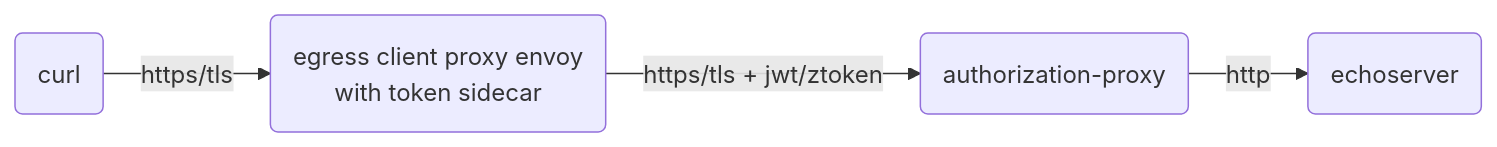
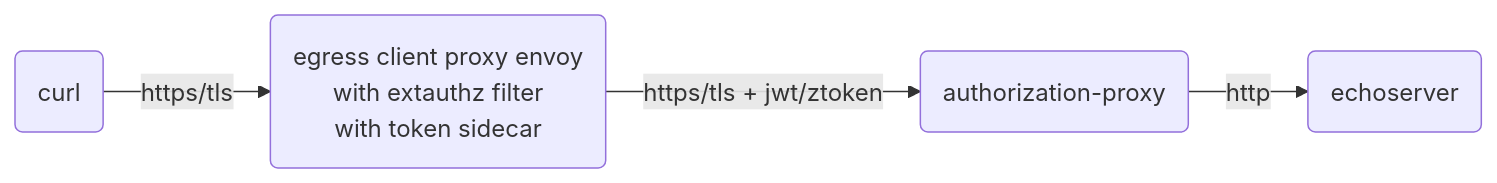
Before and after one commit to ctyano/athenz-distribution: the third of 15 diagrams in docs/ENVOY.md, drawn with Mermaid. The commit also changed other lines of this file, not shown here.

````diff
--- a/docs/ENVOY.md
+++ b/docs/ENVOY.md
@@ -49,4 +49,4 @@
 ```mermaid
 flowchart LR
-A(curl) -->|https/tls| B(egress client proxy envoy\nwith token sidecar) -->|https/tls + jwt/ztoken| C(authorization-proxy) -->|http| D(echoserver)
+A(curl) -->|https/tls| B(egress client proxy envoy\nwith extauthz filter\nwith token sidecar) -->|https/tls + jwt/ztoken| C(authorization-proxy) -->|http| D(echoserver)
 ```
````
